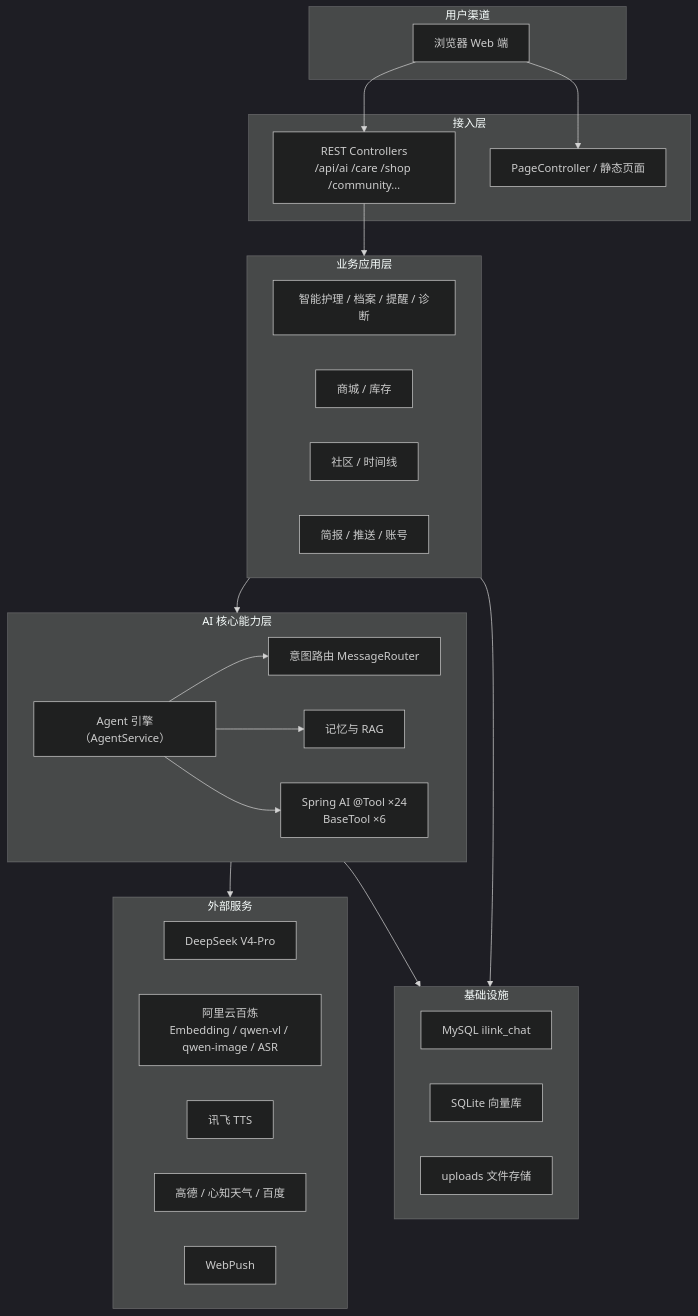
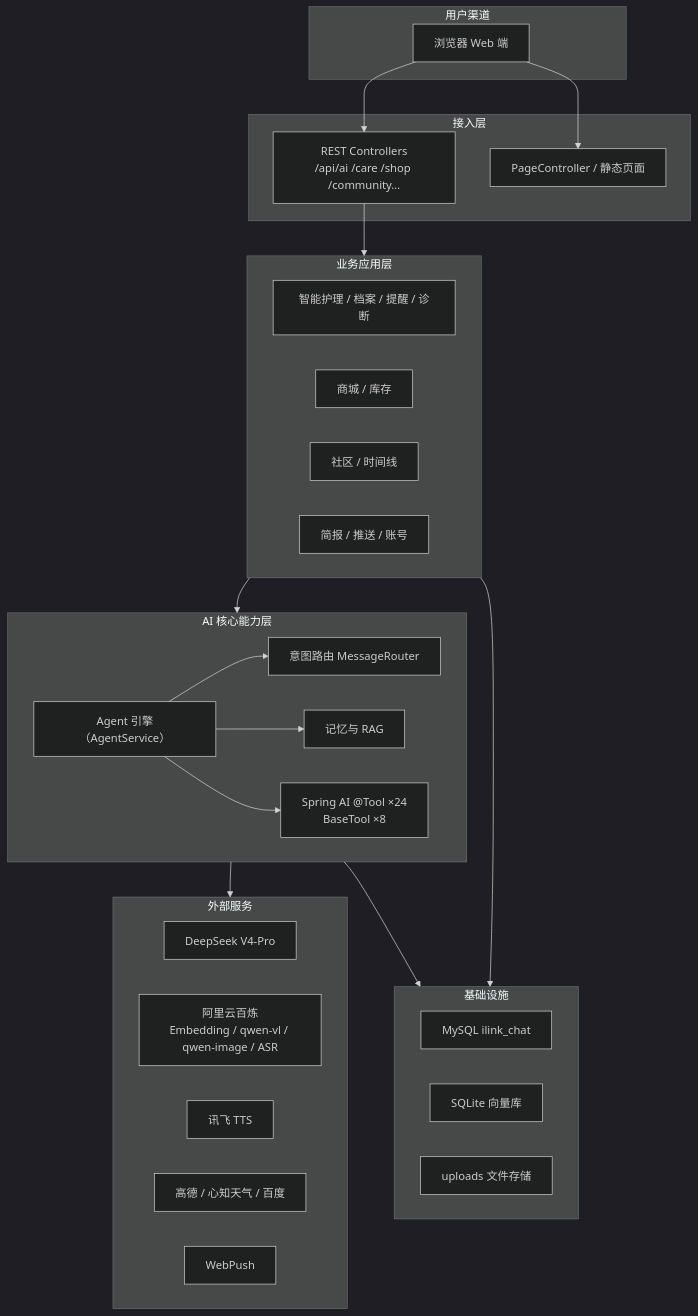
The diagram in README.md (8750shuangyue/WECHATILINK), drawn with Mermaid (dark theme) before and after one commit. The commit also changed other lines of this file and 32 other files, not shown here.

````diff
--- a/README.md
+++ b/README.md
@@ -107,50 +127,50 @@
 ```mermaid
 flowchart TB
     subgraph Client["用户渠道"]
         Web["浏览器 Web 端"]
     end
 
     subgraph Access["接入层"]
         REST["REST Controllers<br/>/api/ai /care /shop /community…"]
         Page["PageController / 静态页面"]
     end
 
     subgraph Biz["业务应用层"]
         Care["智能护理 / 档案 / 提醒 / 诊断"]
         Ecom["商城 / 库存"]
         Community["社区 / 时间线"]
         Brief["简报 / 推送 / 账号"]
     end
 
     subgraph AI["AI 核心能力层"]
         Engine["Agent 引擎（AgentService）"]
-        Tools["Spring AI @Tool ×24<br/>BaseTool ×6"]
+        Tools["Spring AI @Tool ×24<br/>BaseTool ×8"]
         Memory["记忆与 RAG"]
         Router["意图路由 MessageRouter"]
     end
 
     subgraph Ext["外部服务"]
         LLM["DeepSeek V4-Pro"]
         Dash["阿里云百炼<br/>Embedding / qwen-vl / qwen-image / ASR"]
         TTS["讯飞 TTS"]
         Map["高德 / 心知天气 / 百度"]
         Push["WebPush"]
     end
 
     subgraph Infra["基础设施"]
         MySQL["MySQL ilink_chat"]
         SQLite["SQLite 向量库"]
         Upload["uploads 文件存储"]
     end
 
     Web --> REST
     Web --> Page
     REST --> Biz
     Biz --> AI
     Engine --> Router
     Engine --> Memory
     Engine --> Tools
     AI --> Ext
     Biz --> Infra
     AI --> Infra
 ```
````
